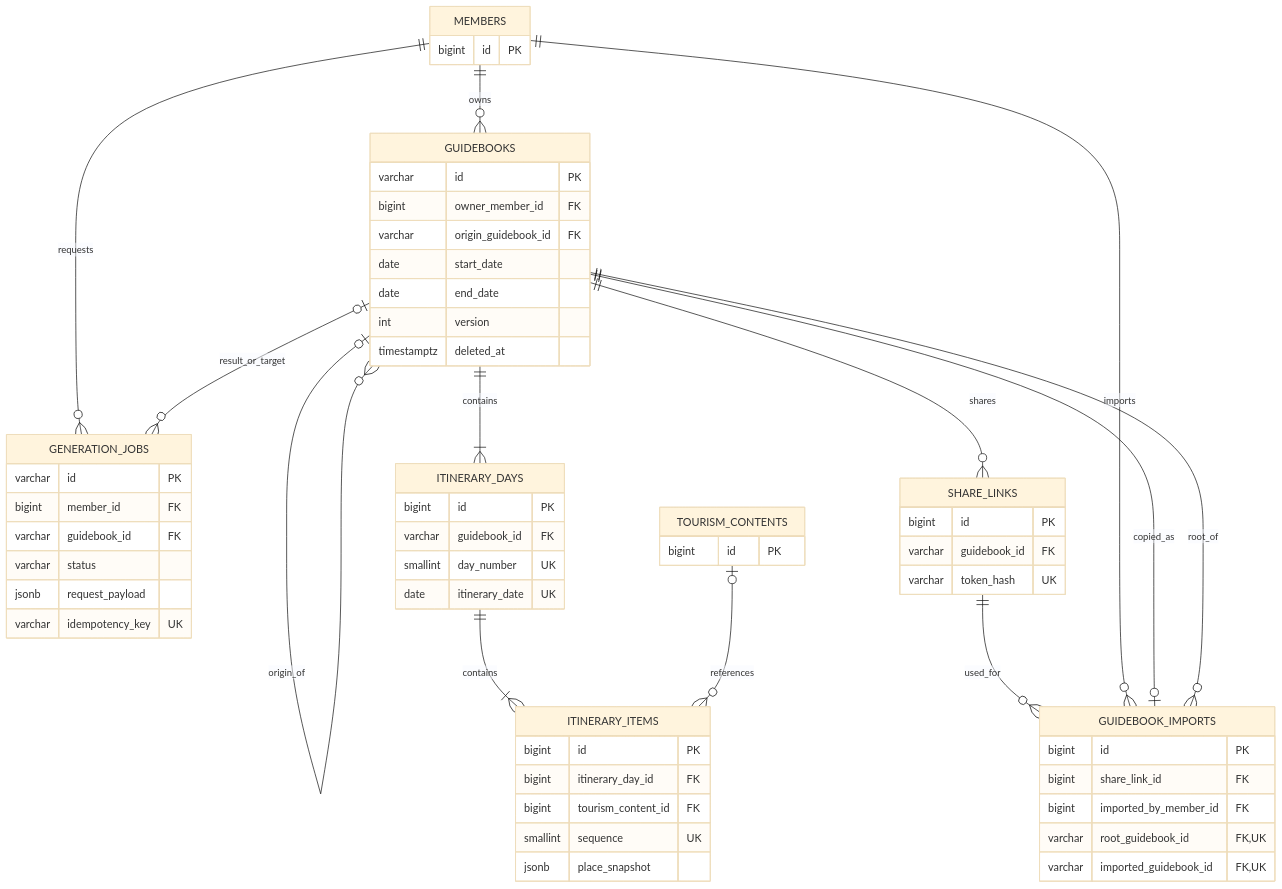
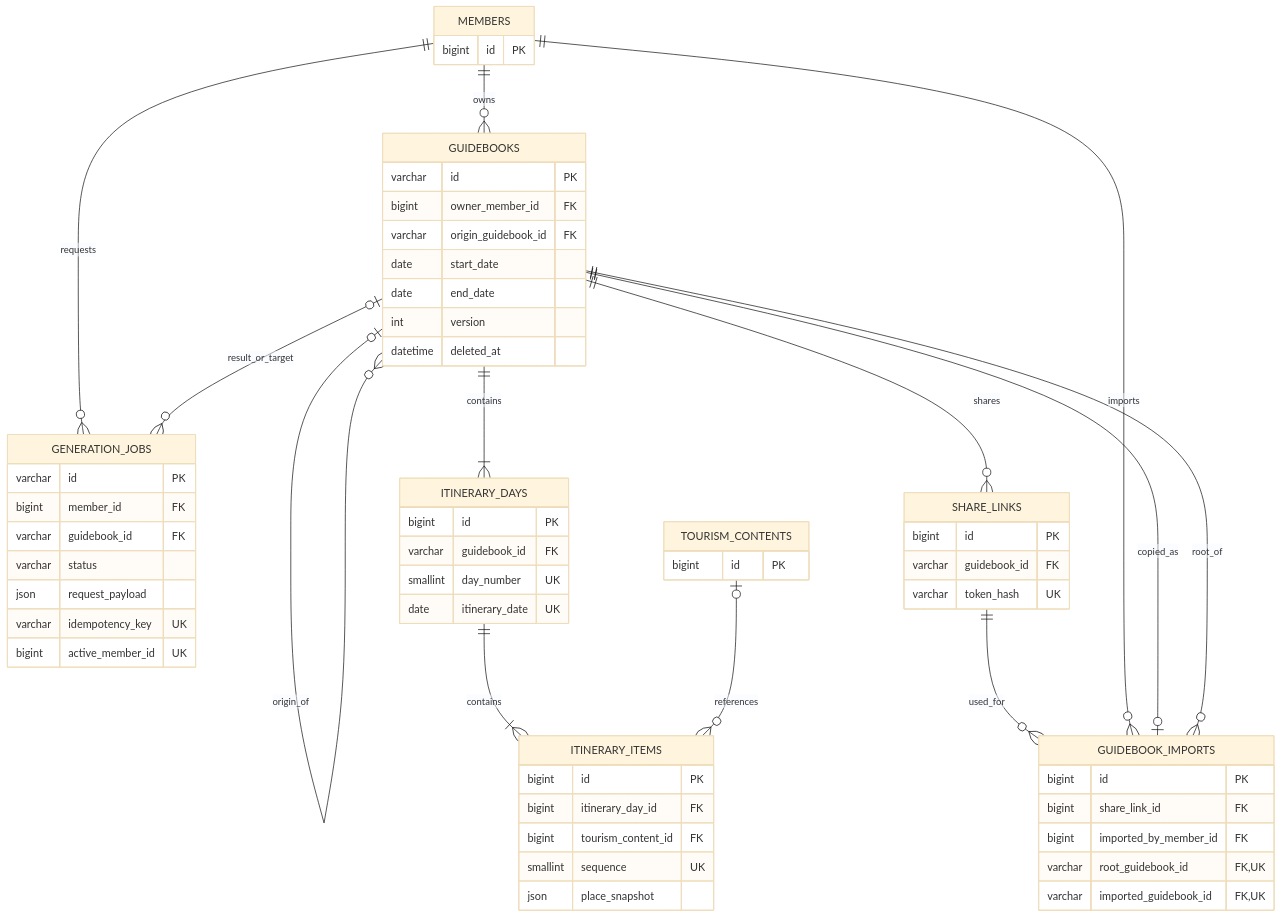
The third of 5 diagrams in docs/ERD_테이블_설계_근거_검토본.md (100-hours-a-week/KTB4-10th-BE), drawn with Mermaid (base theme) before and after one commit. The commit also changed other lines of this file and 3 other files, not shown here.

```diff
--- a/docs/ERD_테이블_설계_근거_검토본.md
+++ b/docs/ERD_테이블_설계_근거_검토본.md
@@ -179,63 +185,64 @@
 ~~~mermaid
 erDiagram
     MEMBERS ||--o{ GENERATION_JOBS : requests
     MEMBERS ||--o{ GUIDEBOOKS : owns
     GUIDEBOOKS o|--o{ GUIDEBOOKS : origin_of
     GUIDEBOOKS o|--o{ GENERATION_JOBS : result_or_target
     GUIDEBOOKS ||--|{ ITINERARY_DAYS : contains
     ITINERARY_DAYS ||--|{ ITINERARY_ITEMS : contains
     TOURISM_CONTENTS o|--o{ ITINERARY_ITEMS : references
     GUIDEBOOKS ||--o{ SHARE_LINKS : shares
     SHARE_LINKS ||--o{ GUIDEBOOK_IMPORTS : used_for
     MEMBERS ||--o{ GUIDEBOOK_IMPORTS : imports
     GUIDEBOOKS ||--o| GUIDEBOOK_IMPORTS : copied_as
     GUIDEBOOKS ||--o{ GUIDEBOOK_IMPORTS : root_of
     GENERATION_JOBS {
         varchar id PK
         bigint member_id FK
         varchar guidebook_id FK
         varchar status
-        jsonb request_payload
+        json request_payload
         varchar idempotency_key UK
+        bigint active_member_id UK
     }
     GUIDEBOOKS {
         varchar id PK
         bigint owner_member_id FK
         varchar origin_guidebook_id FK
         date start_date
         date end_date
         int version
-        timestamptz deleted_at
+        datetime deleted_at
     }
     ITINERARY_DAYS {
         bigint id PK
         varchar guidebook_id FK
         smallint day_number UK
         date itinerary_date UK
     }
     ITINERARY_ITEMS {
         bigint id PK
         bigint itinerary_day_id FK
         bigint tourism_content_id FK
         smallint sequence UK
-        jsonb place_snapshot
+        json place_snapshot
     }
     SHARE_LINKS {
         bigint id PK
         varchar guidebook_id FK
         varchar token_hash UK
     }
     GUIDEBOOK_IMPORTS {
         bigint id PK
         bigint share_link_id FK
         bigint imported_by_member_id FK
         varchar root_guidebook_id FK,UK
         varchar imported_guidebook_id FK,UK
     }
     MEMBERS {
         bigint id PK
     }
     TOURISM_CONTENTS {
         bigint id PK
     }
 ~~~
```
